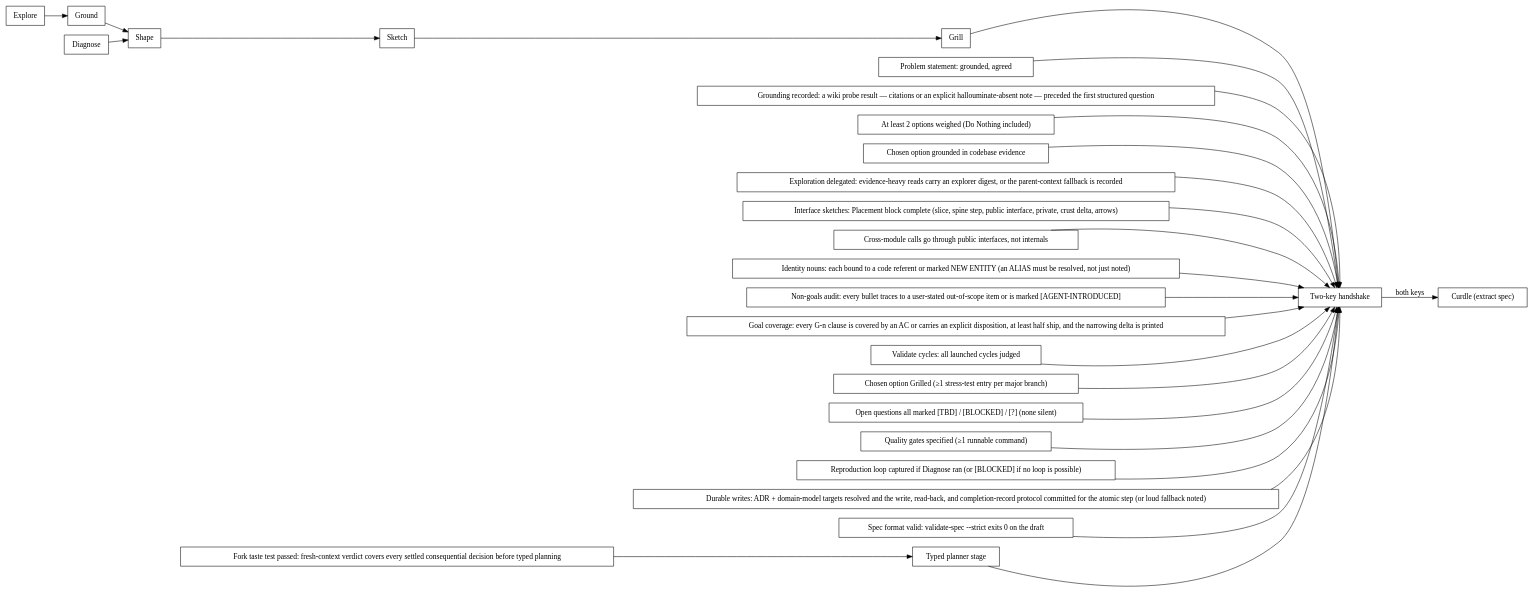
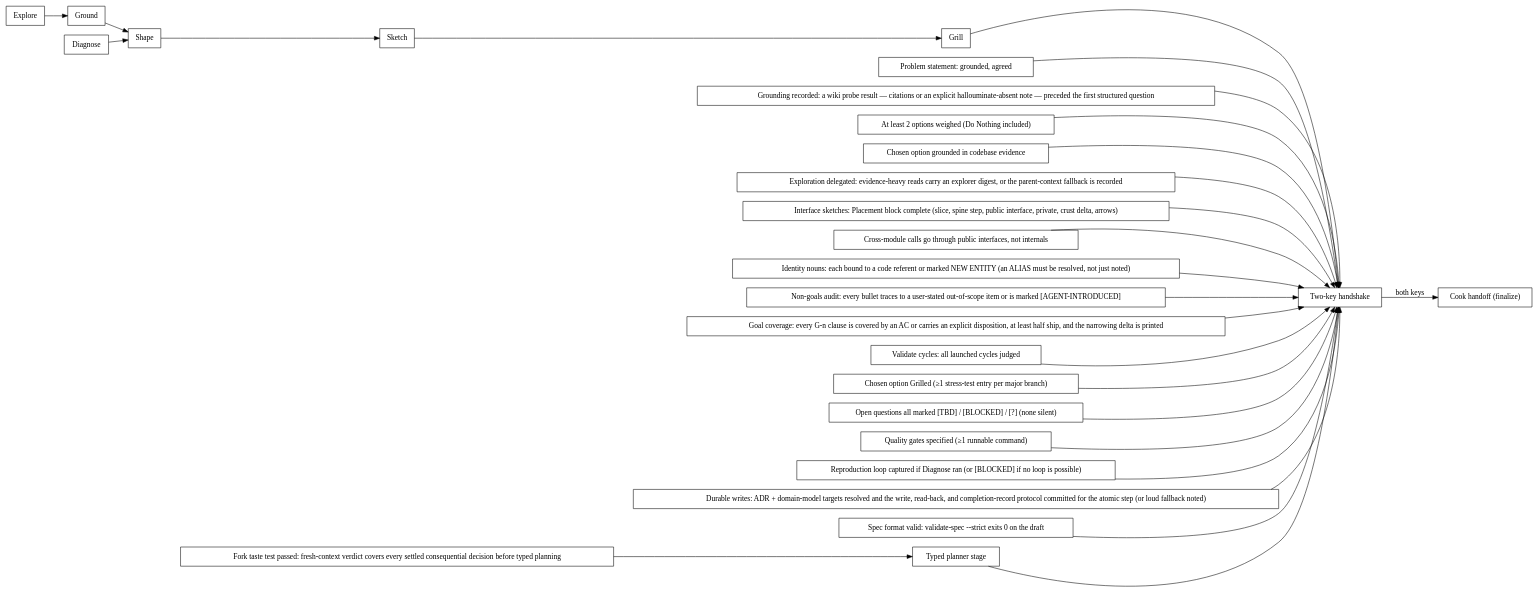
The diagram in skills/mold/scripts/mold.dot (paulnsorensen/easy-cheese), drawn with Graphviz before and after one commit. The commit also changed 55 other files, not shown here.

```diff
--- a/skills/mold/scripts/mold.dot
+++ b/skills/mold/scripts/mold.dot
@@ -1,57 +1,57 @@
 digraph mold_gates {
   rankdir=LR;
   node [shape=box];
   explore [label="Explore", kind="mode"];
   ground [label="Ground", kind="mode"];
   shape [label="Shape", kind="mode"];
   sketch [label="Sketch", kind="mode"];
   grill [label="Grill", kind="mode"];
   diagnose [label="Diagnose", kind="mode"];
   problem_statement [label="Problem statement: grounded, agreed", kind="gate"];
   grounding_recorded [label="Grounding recorded: a wiki probe result — citations or an explicit hallouminate-absent note — preceded the first structured question", kind="gate"];
   at_least_2_options_weighed_do_nothing_included [label="At least 2 options weighed (Do Nothing included)", kind="gate"];
   chosen_option_grounded_in_codebase_evidence [label="Chosen option grounded in codebase evidence", kind="gate"];
   exploration_delegated [label="Exploration delegated: evidence-heavy reads carry an explorer digest, or the parent-context fallback is recorded", kind="gate"];
   interface_sketches [label="Interface sketches: Placement block complete (slice, spine step, public interface, private, crust delta, arrows)", kind="gate"];
   cross_module_calls_go_through_public_interfaces_not_internals [label="Cross-module calls go through public interfaces, not internals", kind="gate"];
   identity_nouns [label="Identity nouns: each bound to a code referent or marked NEW ENTITY (an ALIAS must be resolved, not just noted)", kind="gate"];
   non_goals_audit [label="Non-goals audit: every bullet traces to a user-stated out-of-scope item or is marked [AGENT-INTRODUCED]", kind="gate"];
   goal_coverage [label="Goal coverage: every G-n clause is covered by an AC or carries an explicit disposition, at least half ship, and the narrowing delta is printed", kind="gate"];
   validate_cycles [label="Validate cycles: all launched cycles judged", kind="gate"];
   chosen_option_grilled_1_stress_test_entry_per_major_branch [label="Chosen option Grilled (≥1 stress-test entry per major branch)", kind="gate"];
   open_questions_all_marked_tbd_blocked_none_silent [label="Open questions all marked [TBD] / [BLOCKED] / [?] (none silent)", kind="gate"];
   quality_gates_specified_1_runnable_command [label="Quality gates specified (≥1 runnable command)", kind="gate"];
   reproduction_loop_captured_if_diagnose_ran_or_blocked_if_no_loop_is_possible [label="Reproduction loop captured if Diagnose ran (or [BLOCKED] if no loop is possible)", kind="gate"];
   durable_writes [label="Durable writes: ADR + domain-model targets resolved and the write, read-back, and completion-record protocol committed for the atomic step (or loud fallback noted)", kind="gate"];
   fork_taste_test_passed [label="Fork taste test passed: fresh-context verdict covers every settled consequential decision before typed planning", kind="gate"];
   spec_format_valid [label="Spec format valid: validate-spec --strict exits 0 on the draft", kind="gate"];
   typed_planner_stage [label="Typed planner stage", kind="planner"];
   handshake [label="Two-key handshake", kind="handshake"];
-  curdle [label="Curdle (extract spec)", kind="terminal"];
+  curdle [label="Cook handoff (finalize)", kind="terminal"];
   explore -> ground;
   ground -> shape;
   shape -> sketch;
   sketch -> grill;
   diagnose -> shape;
   problem_statement -> handshake;
   grounding_recorded -> handshake;
   at_least_2_options_weighed_do_nothing_included -> handshake;
   chosen_option_grounded_in_codebase_evidence -> handshake;
   exploration_delegated -> handshake;
   interface_sketches -> handshake;
   cross_module_calls_go_through_public_interfaces_not_internals -> handshake;
   identity_nouns -> handshake;
   non_goals_audit -> handshake;
   goal_coverage -> handshake;
   validate_cycles -> handshake;
   chosen_option_grilled_1_stress_test_entry_per_major_branch -> handshake;
   open_questions_all_marked_tbd_blocked_none_silent -> handshake;
   quality_gates_specified_1_runnable_command -> handshake;
   reproduction_loop_captured_if_diagnose_ran_or_blocked_if_no_loop_is_possible -> handshake;
   durable_writes -> handshake;
   fork_taste_test_passed -> typed_planner_stage;
   spec_format_valid -> handshake;
   typed_planner_stage -> handshake;
   grill -> handshake;
   handshake -> curdle [label="both keys"];
 }
```
